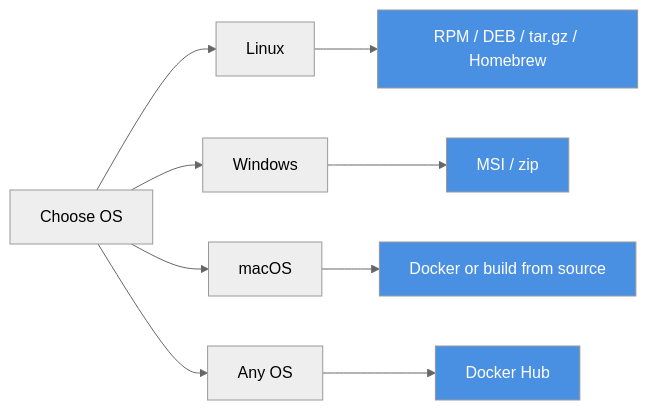
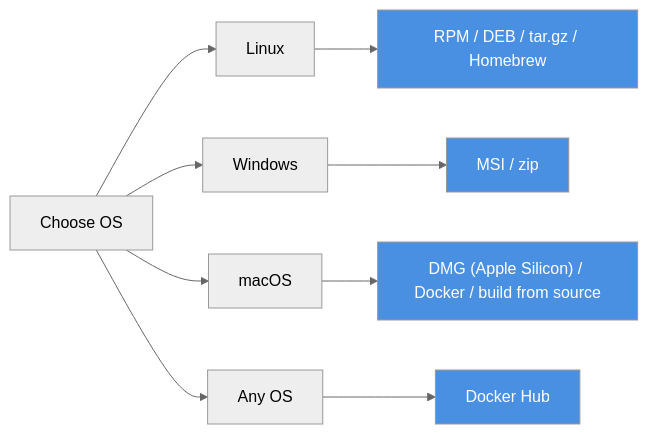
One commit to anvai-labs/proximaDB changed the diagram in docs/01-quick-start/install.md. Above: the diagram before and after it, drawn with Mermaid. The commit also changed other lines of this file, not shown here.

First line of the commit message:
docs(install): the macOS Apple Silicon DMG is a supported install path

````diff
--- a/docs/01-quick-start/install.md
+++ b/docs/01-quick-start/install.md
@@ -5,18 +5,18 @@
 ```mermaid
 %%{init: {"theme": "neutral"}}%%
 flowchart LR
   A[Choose OS] --> B[Linux]
   A --> C[Windows]
   A --> D[macOS]
   A --> E[Any OS]
 
   B --> B1["RPM / DEB / tar.gz / Homebrew"]
   C --> C1["MSI / zip"]
-  D --> D1["Docker or build from source"]
+  D --> D1["DMG (Apple Silicon) / Docker / build from source"]
   E --> E1[Docker Hub]
 
   style B1 fill:#4a90e2,color:#fff
   style C1 fill:#4a90e2,color:#fff
   style D1 fill:#4a90e2,color:#fff
   style E1 fill:#4a90e2,color:#fff
 ```
````
